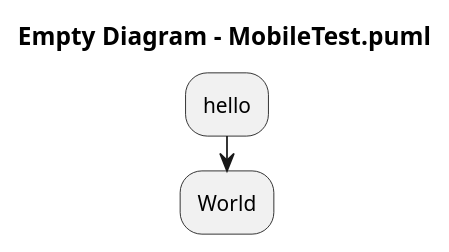
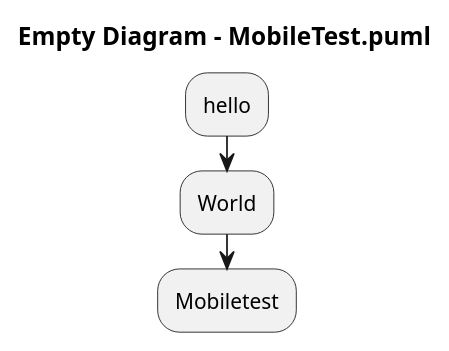
The diagram in MobileTest.puml (aberni-coder/PlantText-Testing---Public-2), drawn with PlantUML before and after one commit.

Commit message:
PlantText Commit: Blah.

```diff
--- a/MobileTest.puml
+++ b/MobileTest.puml
@@ -1,7 +1,7 @@
 @startuml
 
 title Empty Diagram - MobileTest.puml
 :hello;
 :World;
-
+:Mobiletest;
 @enduml
```
